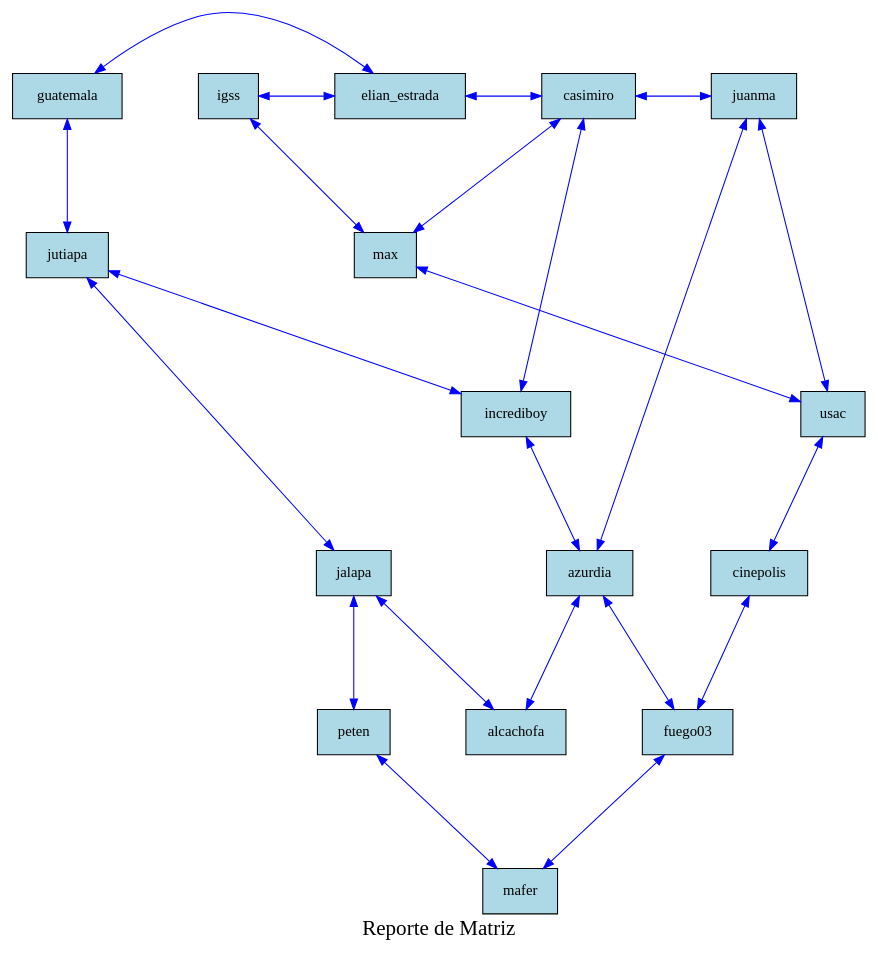
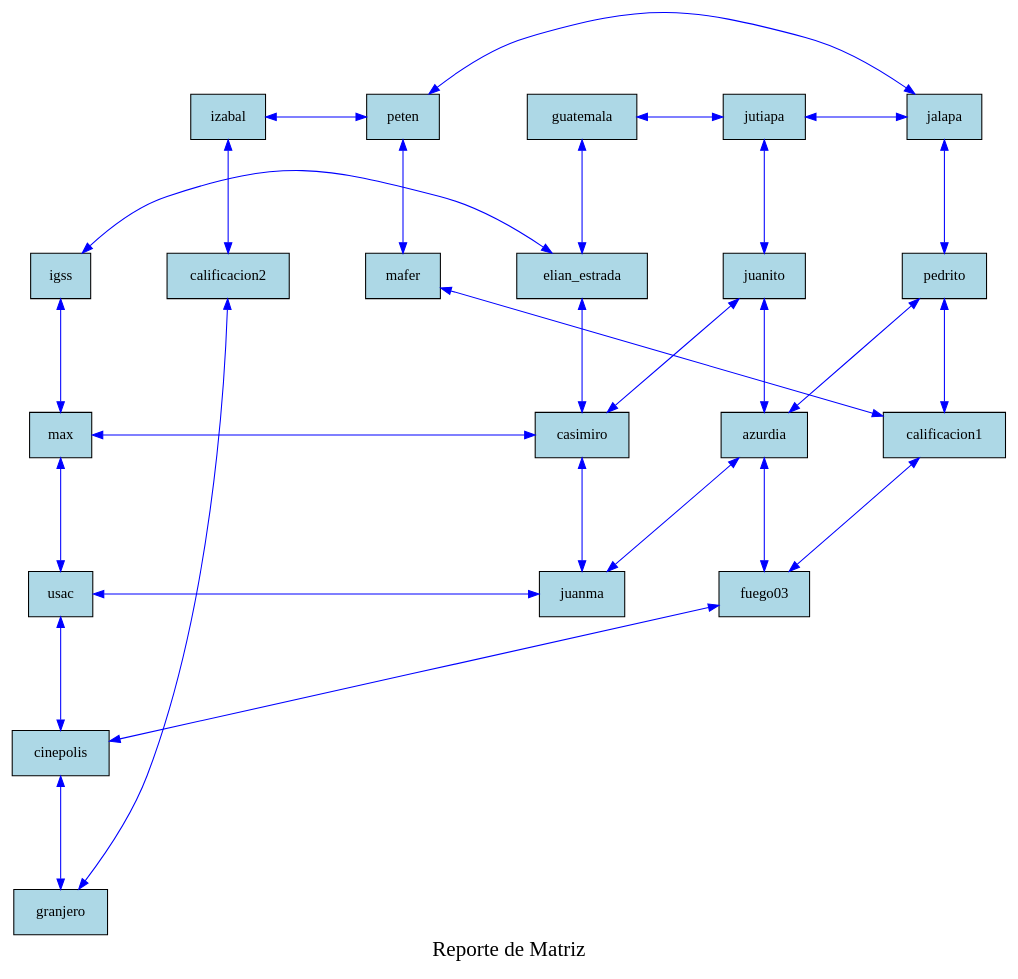
Before and after one commit to Ennero/EDD_Proyecto1_Vacas2_202302220: the diagram in Proyecto1/cmake-build-debug/reporteMatriz.dot, drawn with Graphviz. The commit also changed 16 other files, not shown here.

```diff
--- a/Proyecto1/cmake-build-debug/reporteMatriz.dot
+++ b/Proyecto1/cmake-build-debug/reporteMatriz.dot
@@ -1,49 +1,57 @@
 digraph G {
  rankdir=TB;
  node [shape=box, style=filled, fillcolor=lightblue, margin=0.2];
 edge [style=solid, color=blue];
  graph [ranksep=1.5, nodesep=1];
 graph [label="Reporte de Matriz", fontsize=20, fontcolor=black];
     invisible_[label="invisible"style=invis];
-    invisible_-> nodo_2017204330608 [style=invis];
-    nodo_2017204330608 [label="igss"style=filled, fillcolor=lightblue];
-    nodo_2017204330608 -> nodo_2017204332800 [dir=both];
-    nodo_2017204330608 -> nodo_2017204312944 [dir=both];
-    nodo_2017204332800 [label="max"style=filled, fillcolor=lightblue];
-    nodo_2017204332800 -> nodo_2017204333728 [dir=both];
-    nodo_2017204332800 -> nodo_2017204925504 [dir=both];
-    nodo_2017204333728 [label="usac"style=filled, fillcolor=lightblue];
-    nodo_2017204333728 -> nodo_2017204920720 [dir=both];
-    nodo_2017204333728 -> nodo_2017204925216 [dir=both];
-    nodo_2017204920720 [label="cinepolis"style=filled, fillcolor=lightblue];
-    nodo_2017204920720 -> nodo_2017204926656 [dir=both];
-    nodo_2017204330256 [label="guatemala"style=filled, fillcolor=lightblue];
-    nodo_2017204330256 -> nodo_2017204312944 [dir=both];
-    nodo_2017204330256 -> nodo_2017204332512 [dir=both];
-    nodo_2017204312944 [label="elian_estrada"style=filled, fillcolor=lightblue];
-    nodo_2017204312944 -> nodo_2017204925504 [dir=both];
-    nodo_2017204925504 [label="casimiro"style=filled, fillcolor=lightblue];
-    nodo_2017204925504 -> nodo_2017204925216 [dir=both];
-    nodo_2017204925504 -> nodo_2017204927520 [dir=both];
-    nodo_2017204925216 [label="juanma"style=filled, fillcolor=lightblue];
-    nodo_2017204925216 -> nodo_2017204927232 [dir=both];
-    nodo_2017204332512 [label="jutiapa"style=filled, fillcolor=lightblue];
-    nodo_2017204332512 -> nodo_2017204927520 [dir=both];
-    nodo_2017204332512 -> nodo_2017204333376 [dir=both];
-    nodo_2017204927520 [label="incrediboy"style=filled, fillcolor=lightblue];
-    nodo_2017204927520 -> nodo_2017204927232 [dir=both];
-    nodo_2017204927232 [label="azurdia"style=filled, fillcolor=lightblue];
-    nodo_2017204927232 -> nodo_2017204926656 [dir=both];
-    nodo_2017204927232 -> nodo_2017204341664 [dir=both];
-    nodo_2017204926656 [label="fuego03"style=filled, fillcolor=lightblue];
-    nodo_2017204926656 -> nodo_2017204334080 [dir=both];
-    nodo_2017204333376 [label="jalapa"style=filled, fillcolor=lightblue];
-    nodo_2017204333376 -> nodo_2017204341664 [dir=both];
-    nodo_2017204333376 -> nodo_2017204334432 [dir=both];
-    nodo_2017204341664 [label="alcachofa"style=filled, fillcolor=lightblue];
-    nodo_2017204334432 [label="peten"style=filled, fillcolor=lightblue];
-    nodo_2017204334432 -> nodo_2017204334080 [dir=both];
-    nodo_2017204334080 [label="mafer"style=filled, fillcolor=lightblue];
-{rank=min; nodo_2017204330256; nodo_2017204312944; nodo_2017204925504; nodo_2017204925216; }
-{rank=same; nodo_2017204330608; nodo_2017204312944; }
+    invisible_-> nodo_1751090094192 [style=invis];
+    nodo_1751090094192 [label="igss"style=filled, fillcolor=lightblue];
+    nodo_1751090094192 -> nodo_1751090096384 [dir=both];
+    nodo_1751090094192 -> nodo_1751090076528 [dir=both,constraint=false];
+    nodo_1751090096384 [label="max"style=filled, fillcolor=lightblue];
+    nodo_1751090096384 -> nodo_1751090097312 [dir=both];
+    nodo_1751090096384 -> nodo_1751090230336 [dir=both,constraint=false];
+    nodo_1751090097312 [label="usac"style=filled, fillcolor=lightblue];
+    nodo_1751090097312 -> nodo_1751090225552 [dir=both];
+    nodo_1751090097312 -> nodo_1751090230048 [dir=both,constraint=false];
+    nodo_1751090225552 [label="cinepolis"style=filled, fillcolor=lightblue];
+    nodo_1751090225552 -> nodo_1751090105920 [dir=both];
+    nodo_1751090225552 -> nodo_1751090231488 [dir=both,constraint=false];
+    nodo_1751090105920 [label="granjero"style=filled, fillcolor=lightblue];
+    nodo_1751090105920 -> nodo_1751090104960 [dir=both,constraint=false];
+    nodo_1751090093840 [label="guatemala"style=filled, fillcolor=lightblue];
+    nodo_1751090093840 -> nodo_1751090076528 [dir=both];
+    nodo_1751090093840 -> nodo_1751090096096 [dir=both,constraint=false];
+    nodo_1751090076528 [label="elian_estrada"style=filled, fillcolor=lightblue];
+    nodo_1751090076528 -> nodo_1751090230336 [dir=both];
+    nodo_1751090230336 [label="casimiro"style=filled, fillcolor=lightblue];
+    nodo_1751090230336 -> nodo_1751090230048 [dir=both];
+    nodo_1751090230336 -> nodo_1751090095808 [dir=both,constraint=false];
+    nodo_1751090230048 [label="juanma"style=filled, fillcolor=lightblue];
+    nodo_1751090230048 -> nodo_1751090232064 [dir=both,constraint=false];
+    nodo_1751090096096 [label="jutiapa"style=filled, fillcolor=lightblue];
+    nodo_1751090096096 -> nodo_1751090095808 [dir=both];
+    nodo_1751090096096 -> nodo_1751090096960 [dir=both,constraint=false];
+    nodo_1751090095808 [label="juanito"style=filled, fillcolor=lightblue];
+    nodo_1751090095808 -> nodo_1751090232064 [dir=both];
+    nodo_1751090232064 [label="azurdia"style=filled, fillcolor=lightblue];
+    nodo_1751090232064 -> nodo_1751090231488 [dir=both];
+    nodo_1751090232064 -> nodo_1751090096672 [dir=both,constraint=false];
+    nodo_1751090231488 [label="fuego03"style=filled, fillcolor=lightblue];
+    nodo_1751090231488 -> nodo_1751090104864 [dir=both,constraint=false];
+    nodo_1751090096960 [label="jalapa"style=filled, fillcolor=lightblue];
+    nodo_1751090096960 -> nodo_1751090096672 [dir=both];
+    nodo_1751090096960 -> nodo_1751090098016 [dir=both,constraint=false];
+    nodo_1751090096672 [label="pedrito"style=filled, fillcolor=lightblue];
+    nodo_1751090096672 -> nodo_1751090104864 [dir=both];
+    nodo_1751090104864 [label="calificacion1"style=filled, fillcolor=lightblue];
+    nodo_1751090104864 -> nodo_1751090097664 [dir=both,constraint=false];
+    nodo_1751090098016 [label="peten"style=filled, fillcolor=lightblue];
+    nodo_1751090098016 -> nodo_1751090097664 [dir=both];
+    nodo_1751090098016 -> nodo_1751090104480 [dir=both,constraint=false];
+    nodo_1751090097664 [label="mafer"style=filled, fillcolor=lightblue];
+    nodo_1751090104480 [label="izabal"style=filled, fillcolor=lightblue];
+    nodo_1751090104480 -> nodo_1751090104960 [dir=both];
+    nodo_1751090104960 [label="calificacion2"style=filled, fillcolor=lightblue];
 }
```
